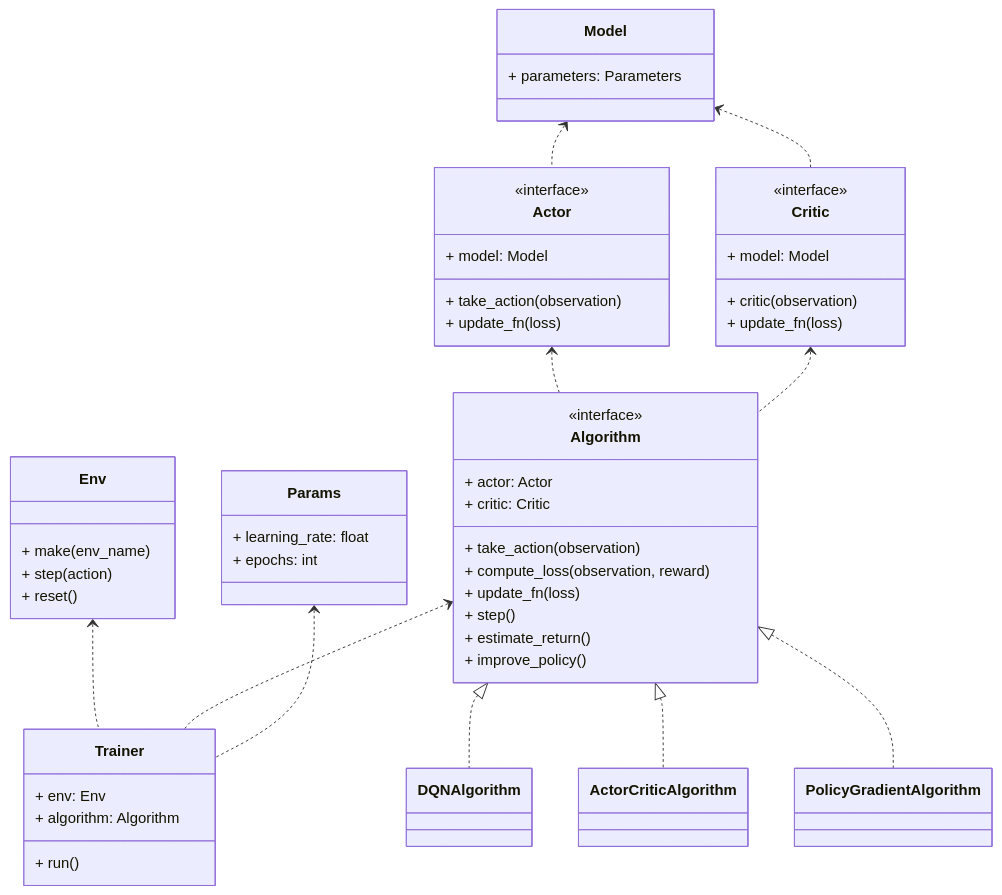
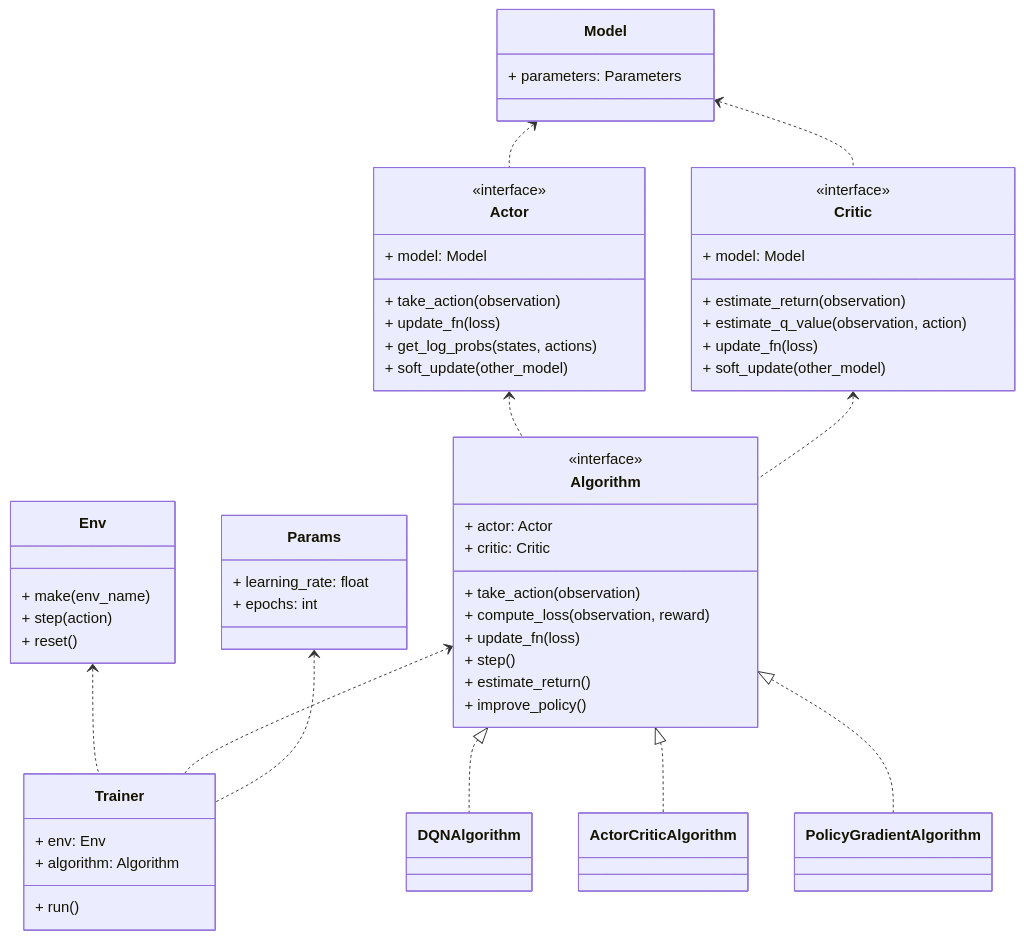
The diagram in README.md (ZheyangXu/jingwei), drawn with Mermaid before and after one commit. The commit also changed other lines of this file and 21 other files, not shown here.

````diff
--- a/README.md
+++ b/README.md
@@ -8,61 +8,65 @@
 ```mermaid
 classDiagram
     Env <.. Trainer
     Algorithm <.. Trainer
     Actor <.. Algorithm
     Critic <.. Algorithm
     Model <.. Actor
     Model <.. Critic
     Params <.. Trainer
     Algorithm <|.. DQNAlgorithm
     Algorithm <|.. ActorCriticAlgorithm
     Algorithm <|.. PolicyGradientAlgorithm
 
     class Trainer {
         + env: Env
         + algorithm: Algorithm
         + run()
     }
     class Env {
         + make(env_name)
         + step(action)
         + reset()
     }
     class Algorithm {
         <<interface>>
         + actor: Actor
         + critic: Critic
         + take_action(observation)
         + compute_loss(observation, reward)
         + update_fn(loss)
         + step()
         + estimate_return()
         + improve_policy()
     }
     class Actor {
         <<interface>>
         + model: Model
         + take_action(observation)
         + update_fn(loss)
+        + get_log_probs(states, actions)
+        + soft_update(other_model)
     }
     class Critic {
         <<interface>>
         + model: Model
-        + critic(observation)
+        + estimate_return(observation)
+        + estimate_q_value(observation, action)
         + update_fn(loss)
+        + soft_update(other_model)
     }
     class Model {
         + parameters: Parameters
     }
     class Params {
         + learning_rate: float
         + epochs: int
     }
     class DQNAlgorithm {
 
     }
     class ActorCriticAlgorithm {
 
     }
     class PolicyGradientAlgorithm
 ```
````
